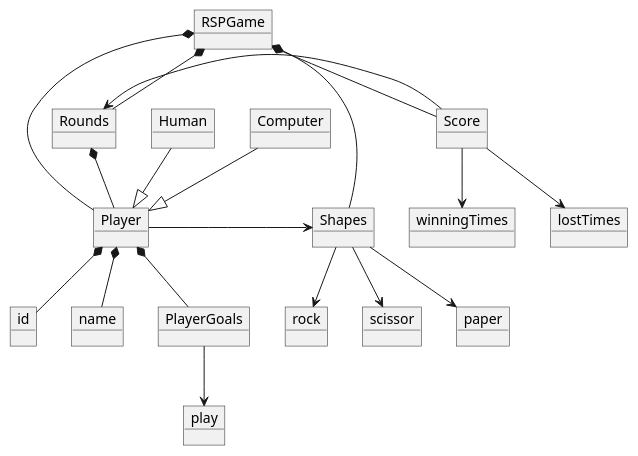
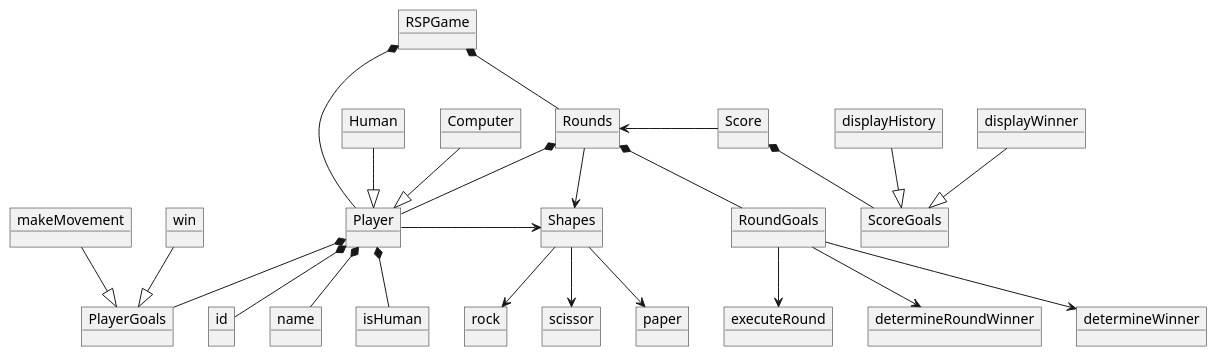
Before and after one commit to andrescordovatelus/RSPGame: the diagram in RSPGame/docs/rsp.plantuml, drawn with PlantUML. The commit also changed 6 other files, not shown here.

Commit message:
fixing diagrams

```diff
--- a/RSPGame/docs/rsp.plantuml
+++ b/RSPGame/docs/rsp.plantuml
@@ -1,46 +1,62 @@
 @startuml RockScissorPaper
 
 object RSPGame
     object Player
-        object id
-        object name
+            object id
+            object name
+            object isHuman
         object PlayerGoals
-            object play
+            object makeMovement
+            object win
             
     object Human
     object Computer
 
     object Shapes
         object rock
         object scissor
         object paper
     object Score
-        object winningTimes
-        object lostTimes
+        object ScoreGoals
+            object displayHistory
+            object displayWinner
     object Rounds
+        object RoundGoals
+            object executeRound
+            object determineRoundWinner
+            object determineWinner
 
     RSPGame *-- Player
     RSPGame *-- Rounds
+
+    Rounds *-- RoundGoals
+    RoundGoals --> executeRound
+    RoundGoals --> determineRoundWinner
+    RoundGoals --> determineWinner
+
+    Human -down-|> Player
+    Computer -down-|> Player
+
     Rounds *-- Player
-    RSPGame *-- Shapes
-    RSPGame *-- Score
+    Rounds --> Shapes
+    
+    Score *-- ScoreGoals
 
     Player *-- id
     Player *-- name
+    Player *-- isHuman
     Player *-- PlayerGoals
     Player -right-> Shapes
 
-    PlayerGoals --> play
+    makeMovement --|> PlayerGoals
+    win --|> PlayerGoals
 
-    Human -down-|> Player
-    Computer -down-|> Player
+    displayHistory --|> ScoreGoals
+    displayWinner --|> ScoreGoals
 
     Shapes --> rock
     Shapes --> paper
     Shapes --> scissor
 
-    Score --> winningTimes
-    Score --> lostTimes
-
     Score -left-> Rounds
 @enduml
```
